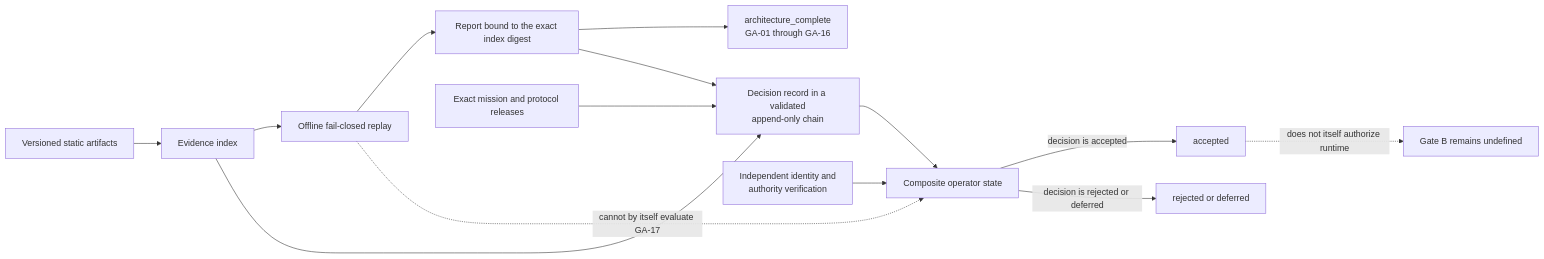
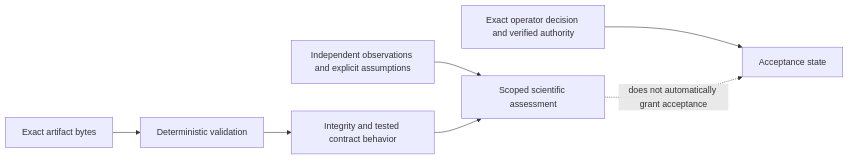
The second of 2 diagrams in README.md (manfromnowhere143/reiyah), drawn with Mermaid before and after one commit. The commit also changed other lines of this file and 31 other files, not shown here.

````diff
--- a/README.md
+++ b/README.md
@@ -41,16 +71,9 @@
 ```mermaid
 flowchart LR
-  A["Versioned static artifacts"] --> I["Evidence index"]
-  I --> V["Offline fail-closed replay"]
-  V --> R["Report bound to the exact index digest"]
-  R --> C["architecture_complete<br/>GA-01 through GA-16"]
-  I --> D["Decision record in a validated<br/>append-only chain"]
-  R --> D
-  M["Exact mission and protocol releases"] --> D
-  D --> G["Composite operator state"]
-  H["Independent identity and<br/>authority verification"] --> G
-  G -->|decision is accepted| O["accepted"]
-  G -->|decision is rejected or deferred| N["rejected or deferred"]
-  V -. cannot by itself evaluate GA-17 .-> G
-  O -. does not itself authorize runtime .-> X["Gate B remains undefined"]
+  B["Exact artifact bytes"] --> D["Deterministic validation"]
+  D --> I["Integrity and tested contract behavior"]
+  O["Independent observations and explicit assumptions"] --> S["Scoped scientific assessment"]
+  I --> S
+  A["Exact operator decision and verified authority"] --> G["Acceptance state"]
+  S -. "does not automatically grant acceptance" .-> G
 ```
````
